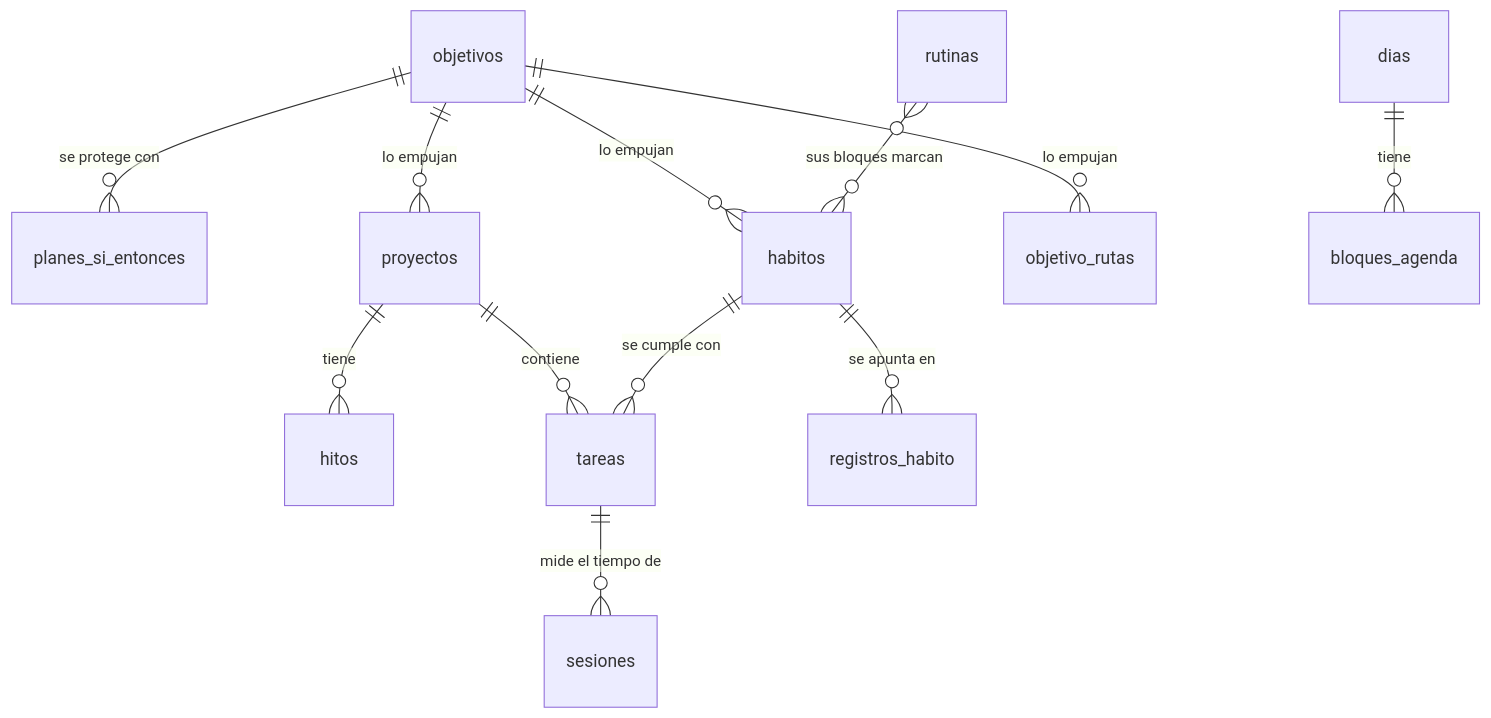
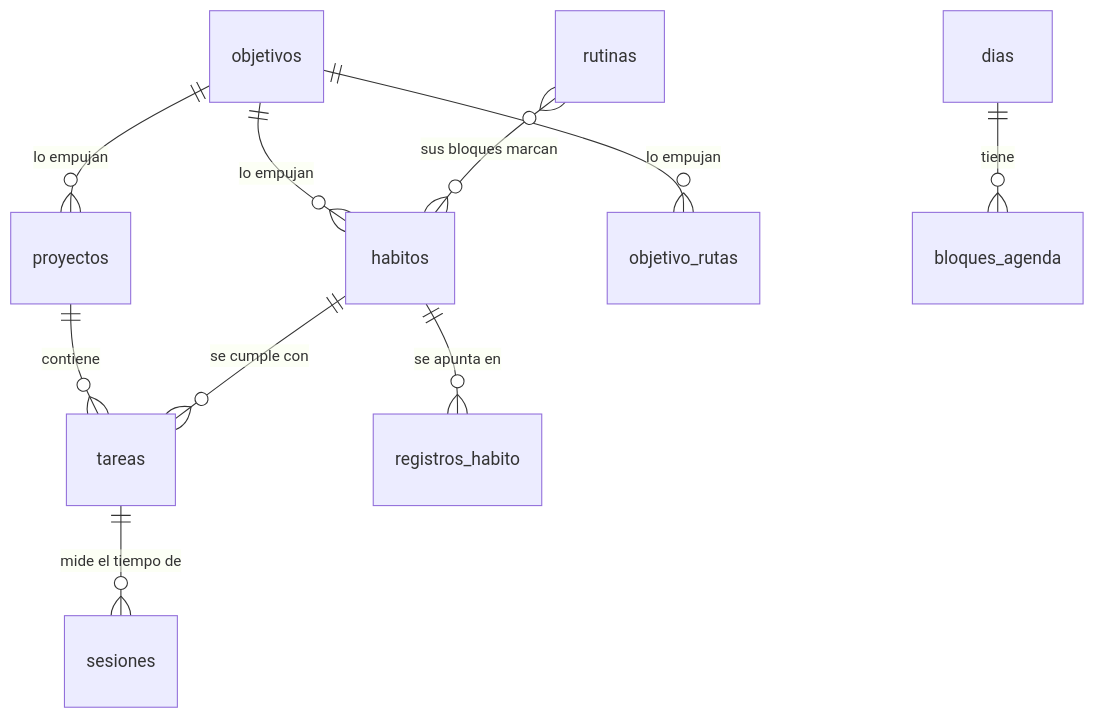
Before and after one commit to angelgmx/rumbo: the diagram in docs/modelo-de-datos.md, drawn with Mermaid. The commit also changed other lines of this file and 41 other files, not shown here.

````diff
--- a/docs/modelo-de-datos.md
+++ b/docs/modelo-de-datos.md
@@ -25,14 +25,12 @@
 ```mermaid
 erDiagram
-  objetivos ||--o{ planes_si_entonces : "se protege con"
   objetivos ||--o{ proyectos : "lo empujan"
   objetivos ||--o{ habitos : "lo empujan"
   objetivos ||--o{ objetivo_rutas : "lo empujan"
-  proyectos ||--o{ hitos : tiene
   proyectos ||--o{ tareas : contiene
   habitos ||--o{ registros_habito : "se apunta en"
   habitos ||--o{ tareas : "se cumple con"
   rutinas }o--o{ habitos : "sus bloques marcan"
   tareas ||--o{ sesiones : "mide el tiempo de"
   dias ||--o{ bloques_agenda : tiene
 ```
````
